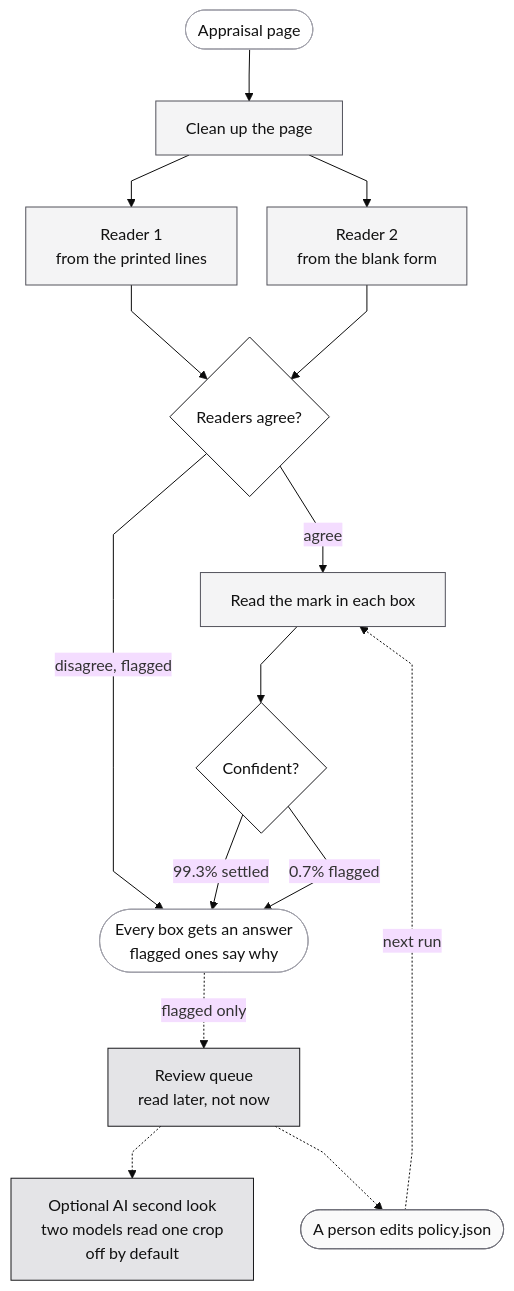
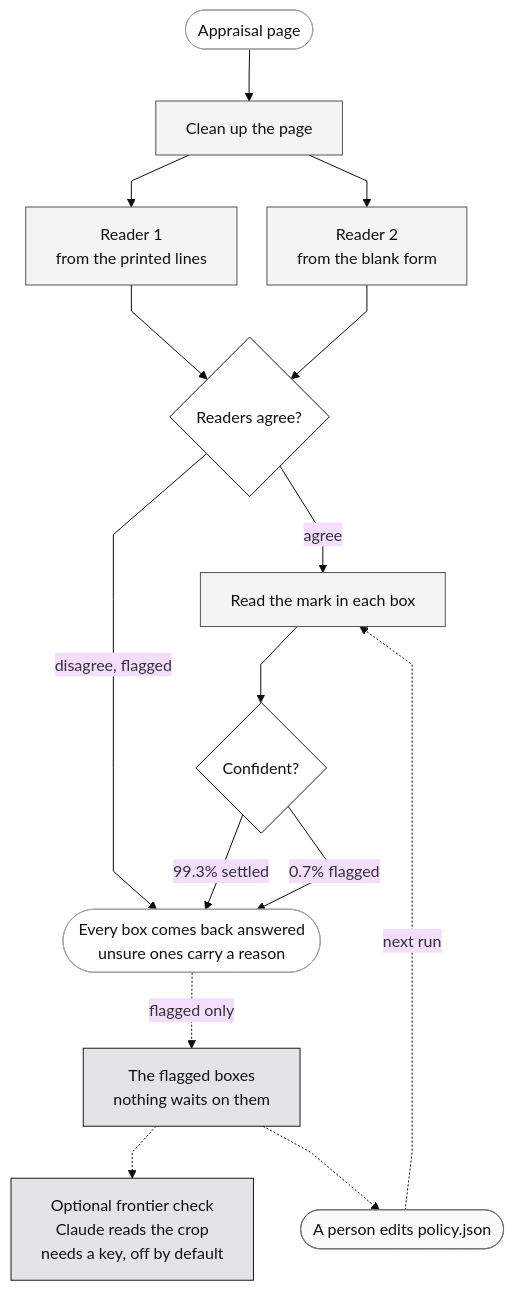
One commit to jameswniu/synthetic-image-recognition-cnn-harness changed the diagram in README.md. Above: the diagram before and after it, drawn with Mermaid (base theme). The commit also changed other lines of this file and 1 other file, not shown here.

Commit message:
Name the two optional models for what they are: our CNN on CPU, or a Claude call on one crop

````diff
--- a/README.md
+++ b/README.md
@@ -74,36 +74,36 @@
 ```mermaid
-%%{init: {"flowchart": {"curve": "linear", "nodeSpacing": 30, "rankSpacing": 52, "useMaxWidth": true}}}%%
+%%{init: {"flowchart": {"curve": "linear", "nodeSpacing": 30, "rankSpacing": 52, "useMaxWidth": true, "wrappingWidth": 420}}}%%
 flowchart TB
     IN([Appraisal page]):::io
     N["Clean up the page"]:::det
     W1["Reader 1<br/>from the printed lines"]:::det
     W2["Reader 2<br/>from the blank form"]:::det
     G{"Readers agree?"}:::gate
     S["Read the mark in each box"]:::det
     C{"Confident?"}:::gate
-    OUT([Every box gets an answer<br/>flagged ones say why]):::io
-    Q["Review queue<br/>read later, not now"]:::exc
-    L["Optional AI second look<br/>two models read one crop<br/>off by default"]:::exc
+    OUT([Every box comes back answered<br/>unsure ones carry a reason]):::io
+    Q["The flagged boxes<br/>nothing waits on them"]:::exc
+    L["Optional frontier check<br/>Claude reads the crop<br/>needs a key, off by default"]:::exc
     H([A person edits policy.json]):::hum
 
     IN --> N
     N --> W1
     N --> W2
     W1 --> G
     W2 --> G
     G -->|agree| S
     G -->|"disagree, flagged"| OUT
     S --> C
     C -->|"99.3% settled"| OUT
     C -->|"0.7% flagged"| OUT
     OUT -.->|flagged only| Q
     Q -.-> L
     Q -.-> H
     H -.->|"next run"| S
 
     classDef io fill:#ffffff,stroke:#a1a1aa,stroke-width:1px,color:#111111
     classDef det fill:#f4f4f5,stroke:#52525b,stroke-width:1px,color:#111111
     classDef gate fill:#ffffff,stroke:#18181b,stroke-width:1px,color:#111111
     classDef exc fill:#e4e4e7,stroke:#18181b,stroke-width:1px,color:#111111
     classDef hum fill:#fafafa,stroke:#71717a,stroke-width:1px,color:#111111
 ```
````
